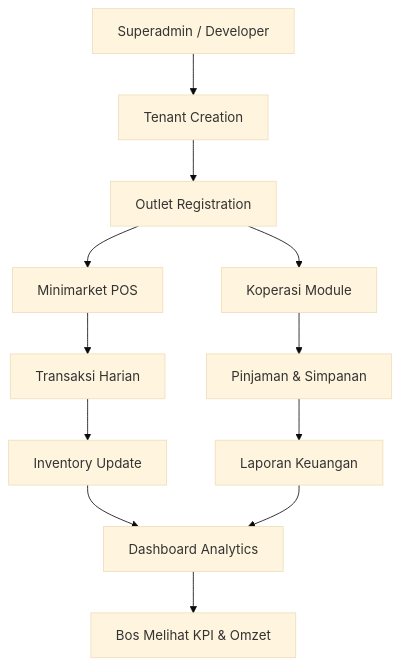
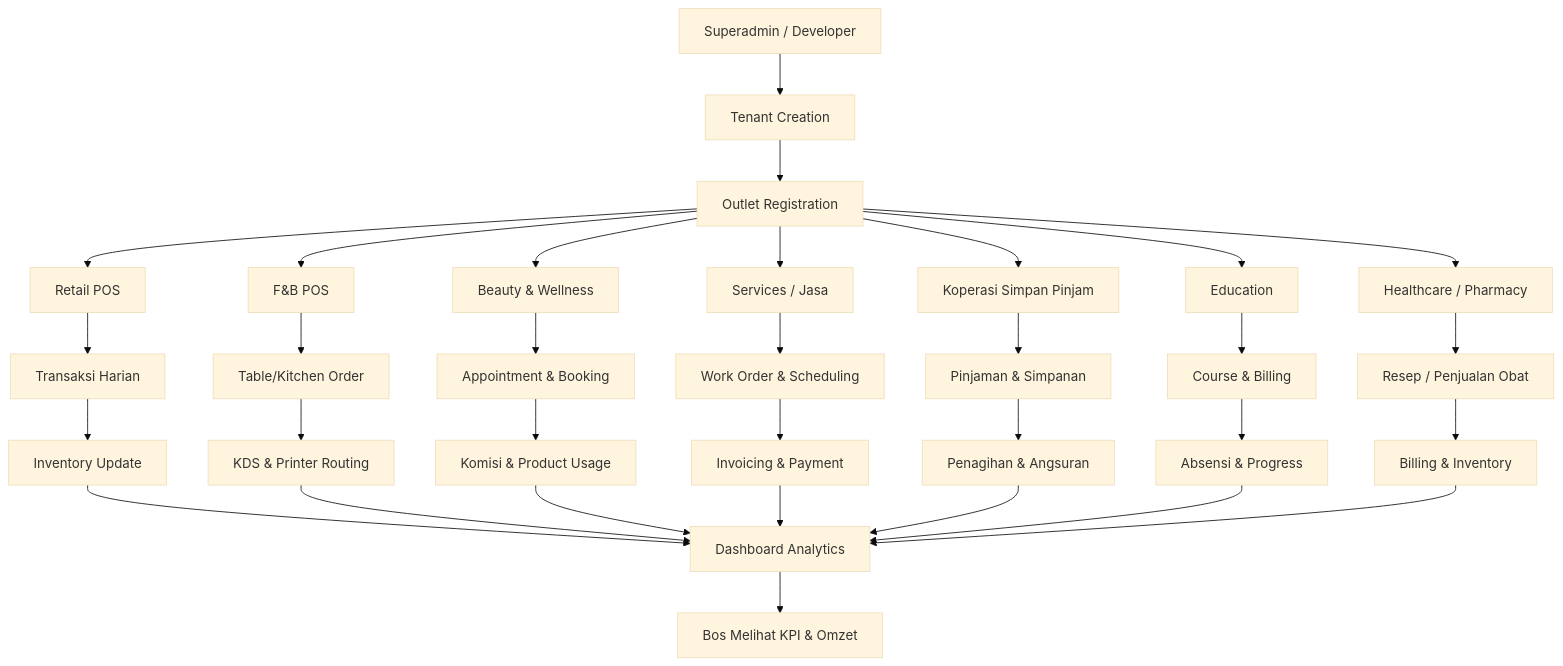
One commit to ctrl-lexa/shadcn-admin changed the diagram in BUSINESS_STRATEGY.md. Above: the diagram before and after it, drawn with Mermaid (base theme). The commit also changed other lines of this file, not shown here.

Commit message:
alur expand

````diff
--- a/BUSINESS_STRATEGY.md
+++ b/BUSINESS_STRATEGY.md
@@ -528,14 +534,52 @@
 ```mermaid
 flowchart TD
     A[Superadmin / Developer] --> B[Tenant Creation]
     B --> C[Outlet Registration]
-    C --> D1[Minimarket POS]
-    C --> D2[Koperasi Module]
-    D1 --> E1[Transaksi Harian]
-    D2 --> E2[Pinjaman & Simpanan]
-    E1 --> F1[Inventory Update]
-    E2 --> F2[Laporan Keuangan]
-    F1 --> G[Dashboard Analytics]
-    F2 --> G
-    G --> H[Bos Melihat KPI & Omzet]
+
+    %% Branch by industry (7 examples)
+    C --> R1[Retail POS]
+    C --> F1[F&B POS]
+    C --> B1[Beauty & Wellness]
+    C --> S1[Services / Jasa]
+    C --> K1[Koperasi Simpan Pinjam]
+    C --> E1[Education]
+    C --> H1[Healthcare / Pharmacy]
+
+    %% RETAIL
+    R1 --> R2[Transaksi Harian]
+    R2 --> R3[Inventory Update]
+    R3 --> Z[Dashboard Analytics]
+
+    %% F&B
+    F1 --> F2[Table/Kitchen Order]
+    F2 --> F3[KDS & Printer Routing]
+    F3 --> Z
+
+    %% BEAUTY
+    B1 --> B2[Appointment & Booking]
+    B2 --> B3[Komisi & Product Usage]
+    B3 --> Z
+
+    %% SERVICES
+    S1 --> S2[Work Order & Scheduling]
+    S2 --> S3[Invoicing & Payment]
+    S3 --> Z
+
+    %% KOPERASI
+    K1 --> K2[Pinjaman & Simpanan]
+    K2 --> K3[Penagihan & Angsuran]
+    K3 --> Z
+
+    %% EDUCATION
+    E1 --> E2[Course & Billing]
+    E2 --> E3[Absensi & Progress]
+    E3 --> Z
+
+    %% HEALTHCARE
+    H1 --> H2[Resep / Penjualan Obat]
+    H2 --> H3[Billing & Inventory]
+    H3 --> Z
+
+    %% Final
+    Z --> Y[Bos Melihat KPI & Omzet]
 ```
````
